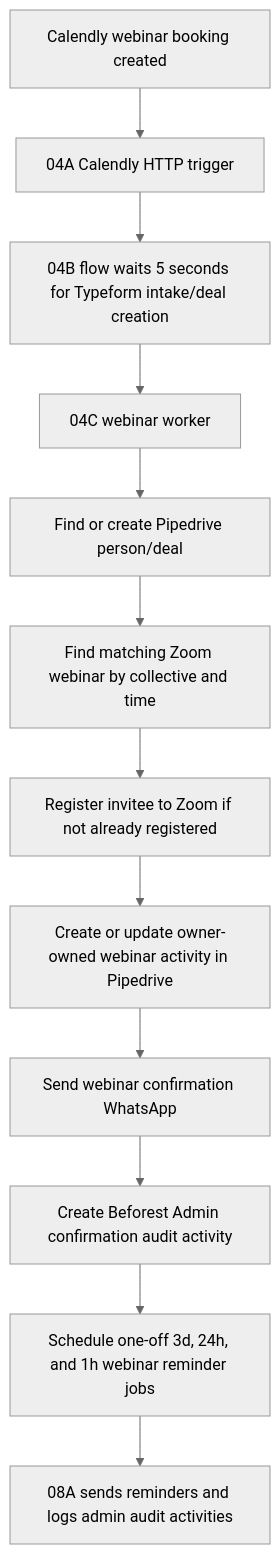
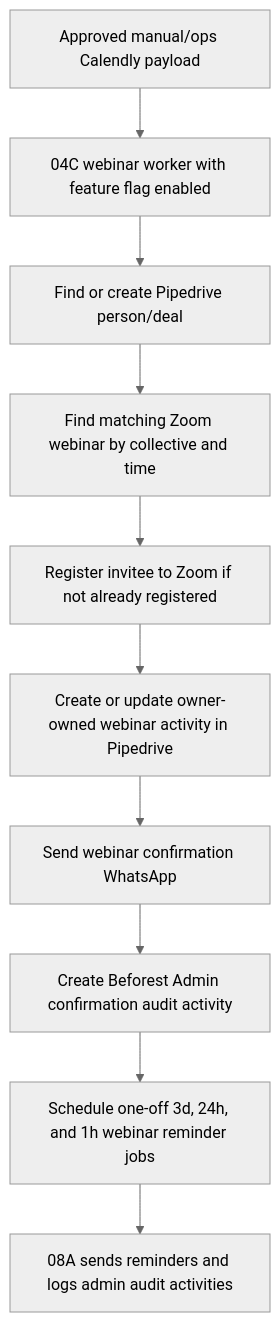
The fifth of 5 diagrams in workflow_sales/team_handoff/01_system_overview.md (harshaislive/windmill), drawn with Mermaid (neutral theme) before and after one commit. The commit also changed other lines of this file and 971 other files, not shown here.

````diff
--- a/workflow_sales/team_handoff/01_system_overview.md
+++ b/workflow_sales/team_handoff/01_system_overview.md
@@ -108,14 +117,12 @@
 ```mermaid
 flowchart TD
-  A["Calendly webinar booking created"] --> B["04A Calendly HTTP trigger"]
-  B --> C["04B flow waits 5 seconds for Typeform intake/deal creation"]
-  C --> D["04C webinar worker"]
-  D --> E["Find or create Pipedrive person/deal"]
+  A["Approved manual/ops Calendly payload"] --> B["04C webinar worker with feature flag enabled"]
+  B --> E["Find or create Pipedrive person/deal"]
   E --> F["Find matching Zoom webinar by collective and time"]
   F --> G["Register invitee to Zoom if not already registered"]
   G --> H["Create or update owner-owned webinar activity in Pipedrive"]
   H --> I["Send webinar confirmation WhatsApp"]
   I --> J["Create Beforest Admin confirmation audit activity"]
   J --> K["Schedule one-off 3d, 24h, and 1h webinar reminder jobs"]
   K --> L["08A sends reminders and logs admin audit activities"]
 ```
````
